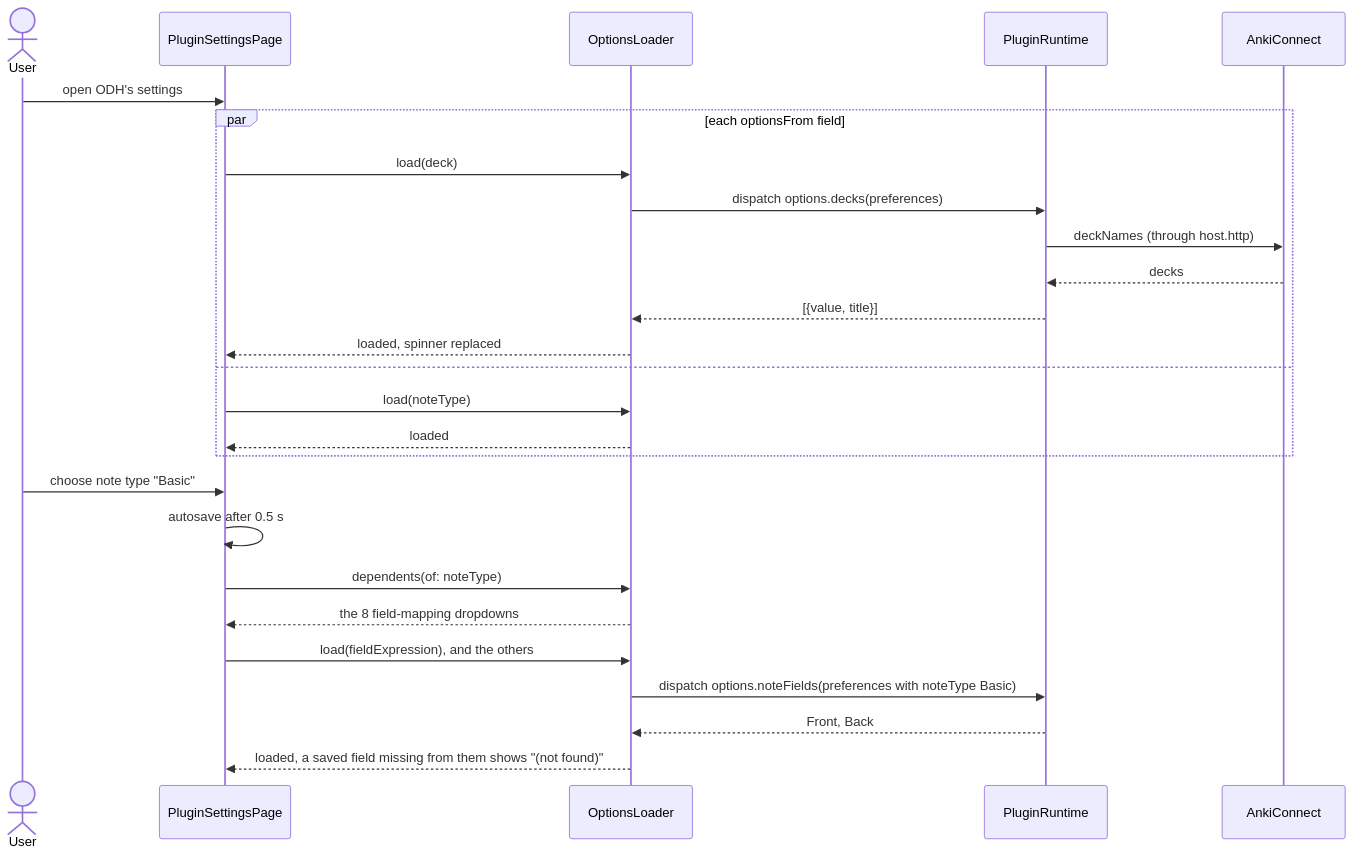
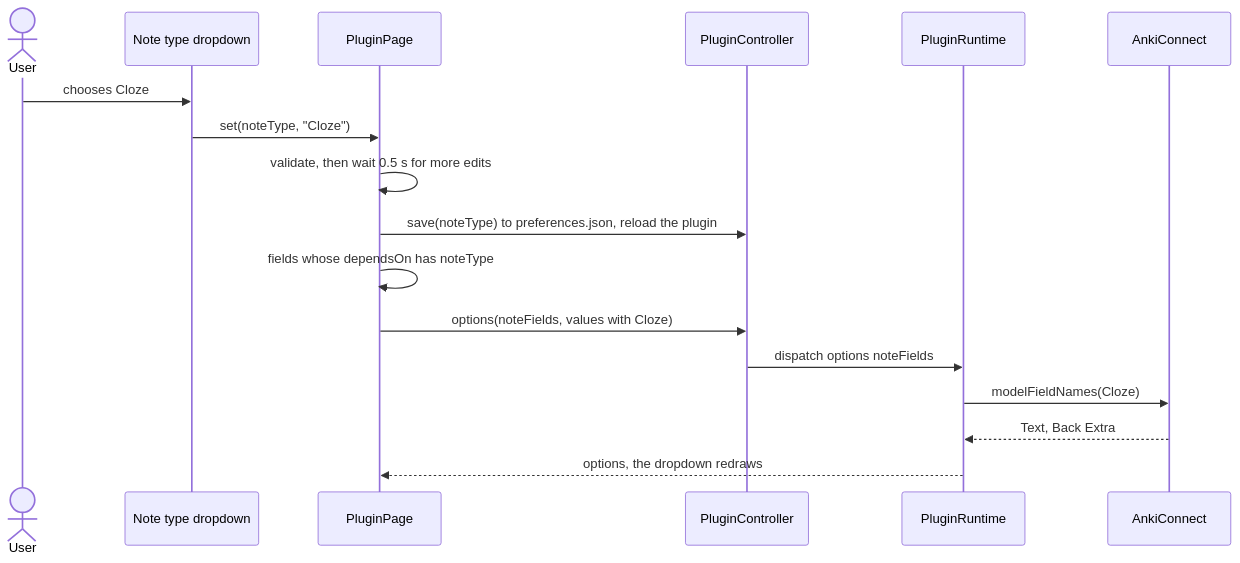
The second of 2 diagrams in docs/design/plugin-platform/06-settings.md (mx-in/ODH), drawn with Mermaid before and after one commit. The commit also changed other lines of this file and 2 other files, not shown here.

First line of the commit message:
docs(design): draw storage and settings as built in task-007

````diff
--- a/docs/design/plugin-platform/06-settings.md
+++ b/docs/design/plugin-platform/06-settings.md
@@ -134,28 +136,19 @@
 ```mermaid
 sequenceDiagram
   actor User
-  participant Page as PluginSettingsPage
-  participant Loader as OptionsLoader
+  participant Row as Note type dropdown
+  participant Page as PluginPage
+  participant Ctl as PluginController
   participant RT as PluginRuntime
   participant Anki as AnkiConnect
-  User->>Page: open ODH's settings
-  par each optionsFrom field
-    Page->>Loader: load(deck)
-    Loader->>RT: dispatch options.decks(preferences)
-    RT->>Anki: deckNames (through host.http)
-    Anki-->>RT: decks
-    RT-->>Loader: [{value, title}]
-    Loader-->>Page: loaded, spinner replaced
-  and
-    Page->>Loader: load(noteType)
-    Loader-->>Page: loaded
-  end
-  User->>Page: choose note type "Basic"
-  Page->>Page: autosave after 0.5 s
-  Page->>Loader: dependents(of: noteType)
-  Loader-->>Page: the 8 field-mapping dropdowns
-  Page->>Loader: load(fieldExpression), and the others
-  Loader->>RT: dispatch options.noteFields(preferences with noteType Basic)
-  RT-->>Loader: Front, Back
-  Loader-->>Page: loaded, a saved field missing from them shows "(not found)"
+  User->>Row: chooses Cloze
+  Row->>Page: set(noteType, "Cloze")
+  Page->>Page: validate, then wait 0.5 s for more edits
+  Page->>Ctl: save(noteType) to preferences.json, reload the plugin
+  Page->>Page: fields whose dependsOn has noteType
+  Page->>Ctl: options(noteFields, values with Cloze)
+  Ctl->>RT: dispatch options noteFields
+  RT->>Anki: modelFieldNames(Cloze)
+  Anki-->>RT: Text, Back Extra
+  RT-->>Page: options, the dropdown redraws
 ```
````
